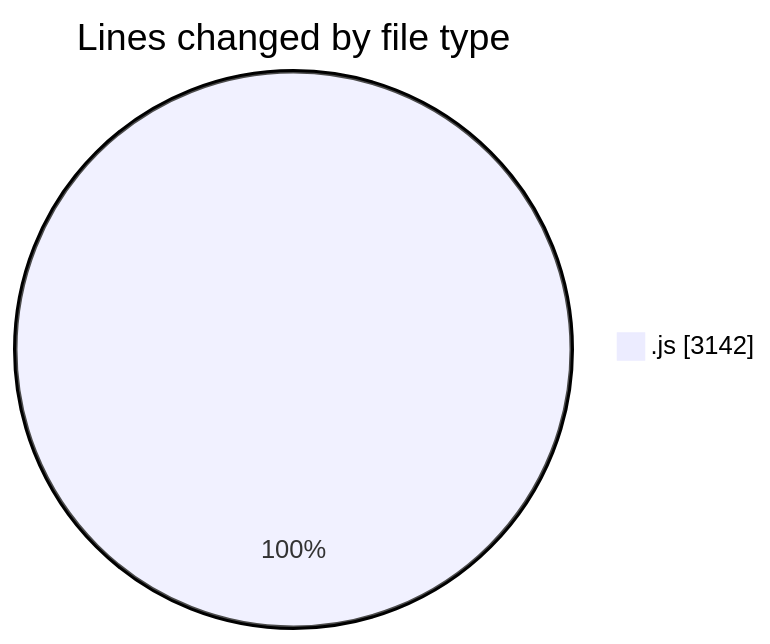
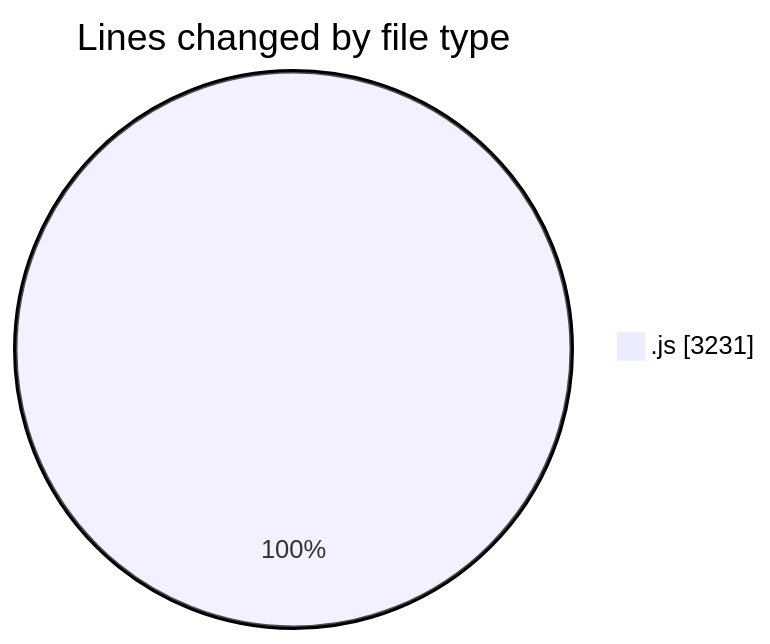
Before and after one commit to nxtqubesakshisongat/code-tracking: the first of 2 diagrams in 2025-09-08/cashcalculator/README.md, drawn with Mermaid. The commit also changed other lines of this file and 1 other file, not shown here.

````diff
--- a/2025-09-08/cashcalculator/README.md
+++ b/2025-09-08/cashcalculator/README.md
@@ -20,5 +22,5 @@
 ```mermaid
 pie showData
 title Lines changed by file type
-".js" : 3142
+".js" : 3231
 ```
````
